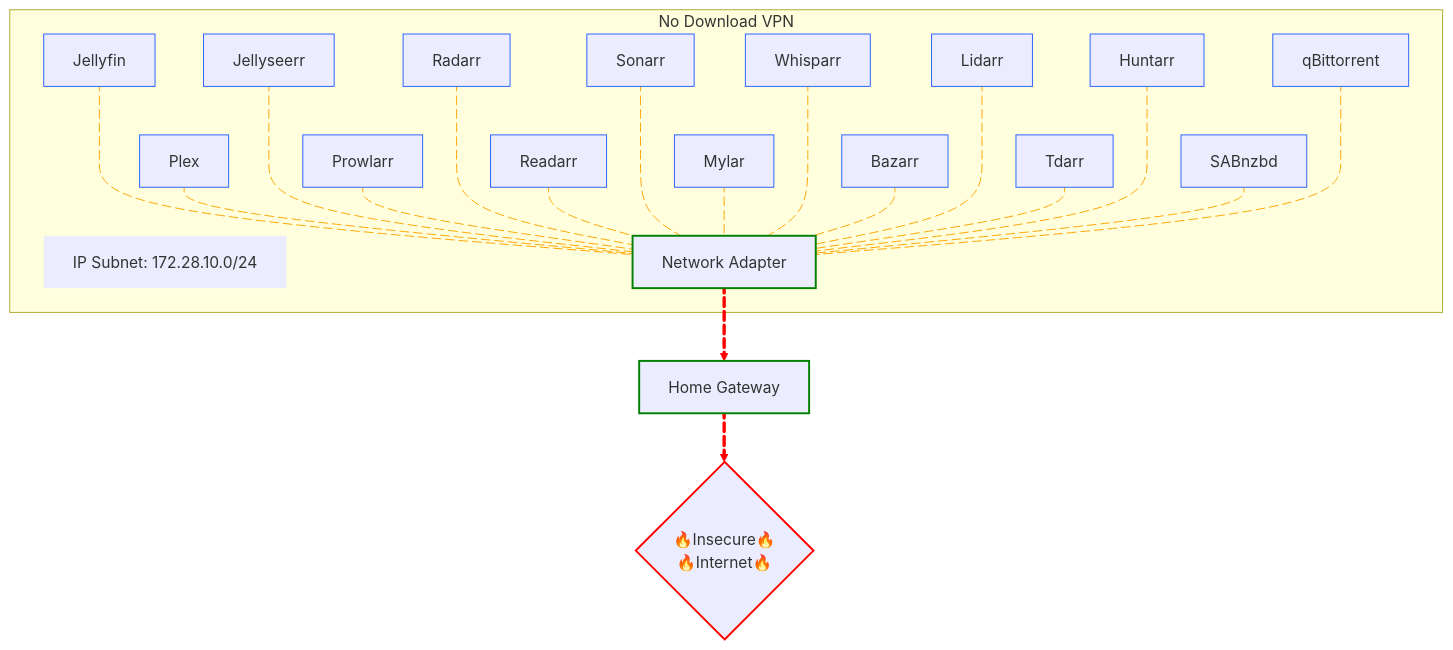
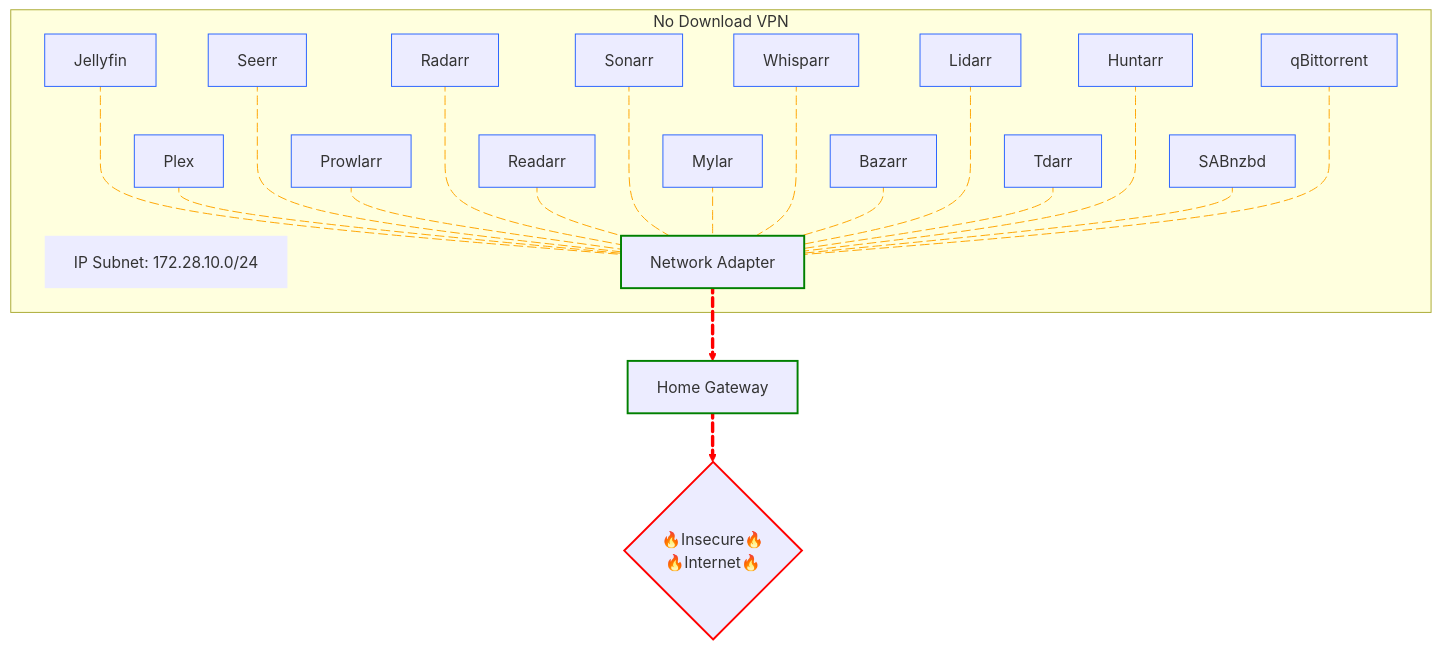
Before and after one commit to avnit/mediastack: the third of 6 diagrams in full-download-vpn/README.md, drawn with Mermaid. The commit also changed other lines of this file and 10 other files, not shown here.

```diff
--- a/full-download-vpn/README.md
+++ b/full-download-vpn/README.md
@@ -362,7 +362,7 @@
   subgraph DockerNet["No Download VPN"]
     Jellyfin
     Plex
-    Jellyseerr
+    Seerr
     Prowlarr
     Radarr
     Readarr
@@ -381,7 +381,7 @@
 
   Jellyfin     Jellyfin_NIC@     ---- NIC
   Plex         Plex_NIC@         ---  NIC
-  Jellyseerr   Jellyseerr_NIC@   ---- NIC
+  Seerr   Seerr_NIC@   ---- NIC
   Prowlarr     Prowlarr_NIC@     ---  NIC
   Radarr       Radarr_NIC@       ---- NIC
   Readarr      Readarr_NIC@      ---  NIC
@@ -401,7 +401,7 @@
   
   style Jellyfin     stroke:#2962FF
   style Plex         stroke:#2962FF
-  style Jellyseerr   stroke:#2962FF
+  style Seerr   stroke:#2962FF
   style Prowlarr     stroke:#2962FF
   style Radarr       stroke:#2962FF
   style Readarr      stroke:#2962FF
@@ -439,7 +439,7 @@
 
   Jellyfin_NIC@{         animation: fast }
   Plex_NIC@{             animation: fast }
-  Jellyseerr_NIC@{       animation: fast }
+  Seerr_NIC@{       animation: fast }
   Prowlarr_NIC@{         animation: fast }
   Radarr_NIC@{           animation: fast }
   Readarr_NIC@{          animation: fast }
```
